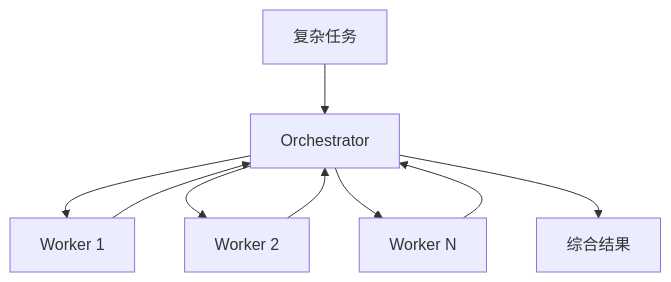
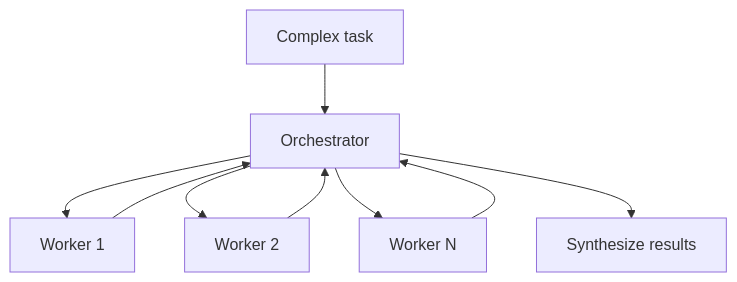
Before and after one commit to oneleaveknowsthefall/awesome-ai-roadmap: diagram 12 of 15 in docs/agent/01-foundations/03-agentic-building-blocks.md, drawn with Mermaid. The commit also changed other lines of this file and 68 other files, not shown here.

````diff
--- a/docs/agent/01-foundations/03-agentic-building-blocks.md
+++ b/docs/agent/01-foundations/03-agentic-building-blocks.md
@@ -622,11 +626,11 @@
 ```mermaid
 flowchart TB
-    TASK[复杂任务] --> O[Orchestrator]
+    TASK[Complex task] --> O[Orchestrator]
     O --> W1[Worker 1]
     O --> W2[Worker 2]
     O --> W3[Worker N]
     W1 --> O
     W2 --> O
     W3 --> O
-    O --> SYN[综合结果]
+    O --> SYN[Synthesize results]
 ```
````
